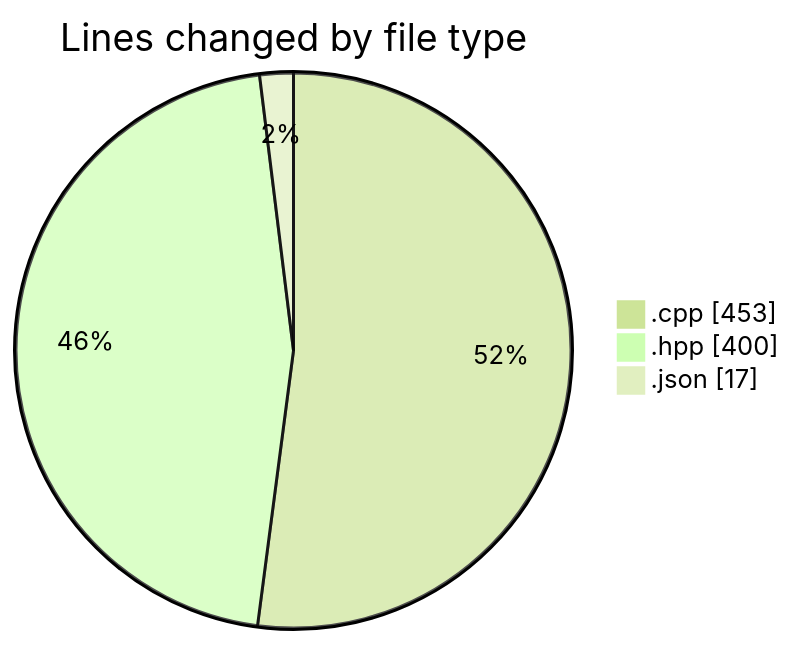
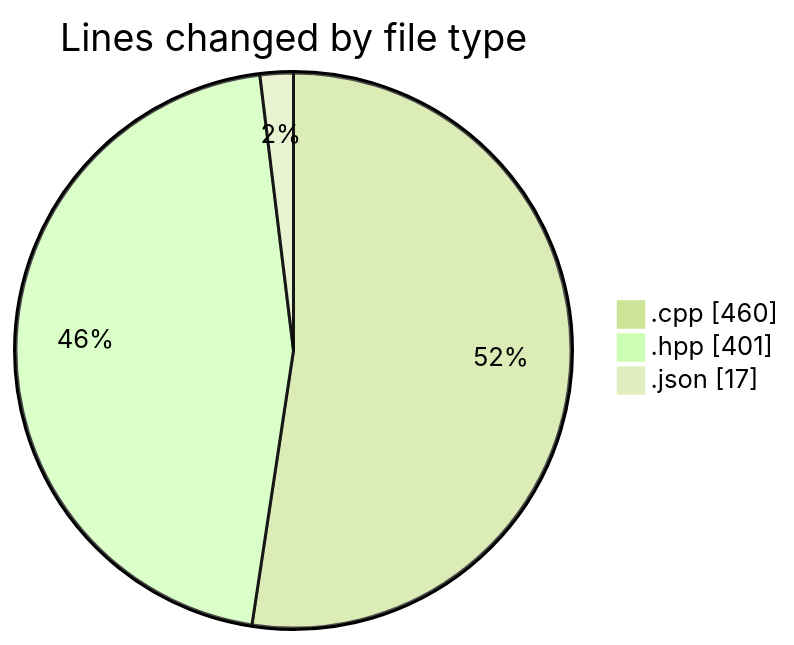
One commit to Netris89/code-tracking changed the first of 2 diagrams in 2025-05-08/date/README.md. Above: the diagram before and after it, drawn with Mermaid (forest theme). The commit also changed other lines of this file and 1 other file, not shown here.

````diff
--- a/2025-05-08/date/README.md
+++ b/2025-05-08/date/README.md
@@ -28,7 +28,7 @@
 ```mermaid
 pie showData
 title Lines changed by file type
-".cpp" : 453
-".hpp" : 400
+".cpp" : 460
+".hpp" : 401
 ".json" : 17
 ```
````
